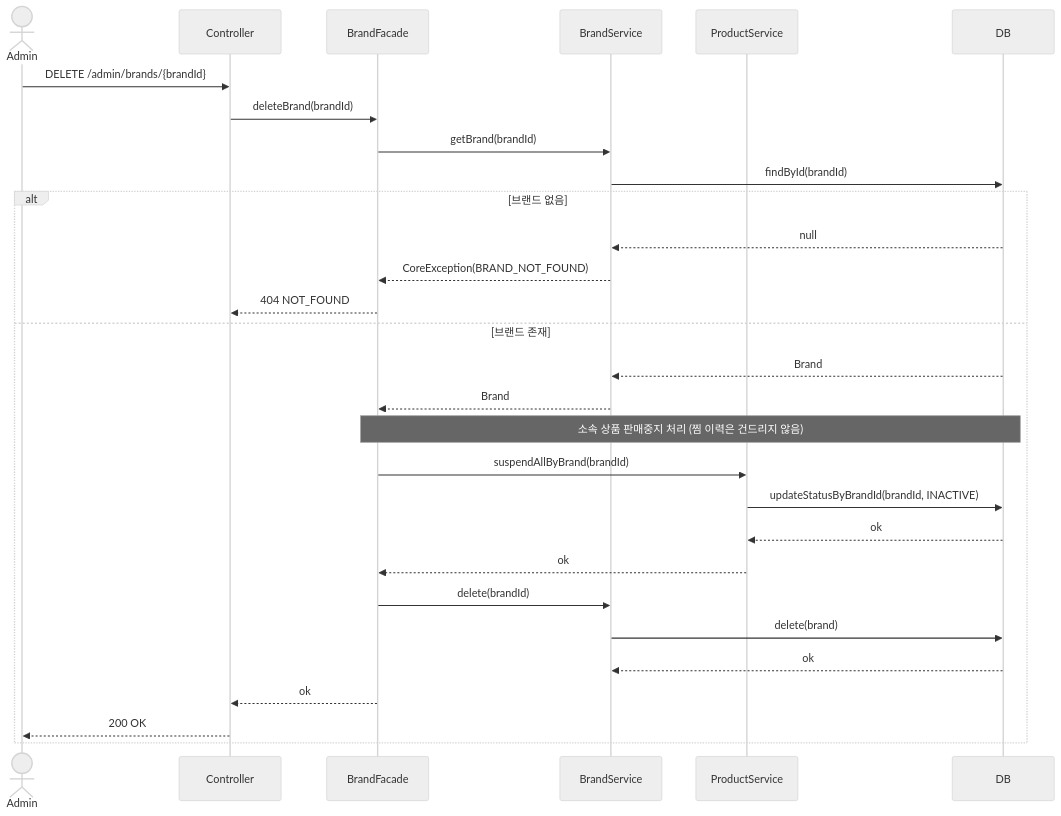
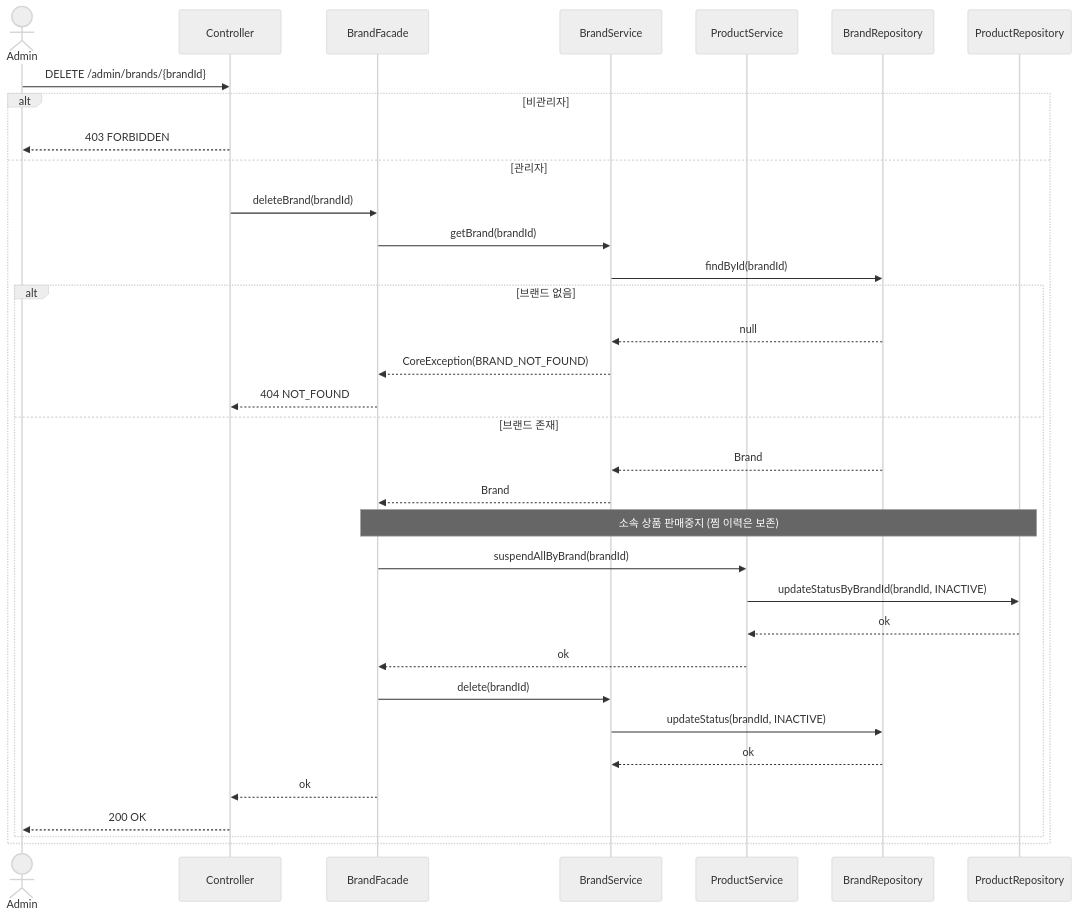
One commit to loopers-labs/loop-pack-be-l2-vol4-java changed the third of 4 diagrams in docs/design/02-sequence-diagrams.md. Above: the diagram before and after it, drawn with Mermaid (neutral theme). The commit also changed other lines of this file, not shown here.

Commit message:
docs : 시퀸스 다이어그램 작성

````diff
--- a/docs/design/02-sequence-diagrams.md
+++ b/docs/design/02-sequence-diagrams.md
@@ -117,37 +129,43 @@
 ```mermaid
 sequenceDiagram
     actor Admin
     participant Controller
     participant BrandFacade
     participant BrandService
     participant ProductService
-    participant DB
+    participant BrandRepository
+    participant ProductRepository
 
     Admin->>Controller: DELETE /admin/brands/{brandId}
-    Controller->>BrandFacade: deleteBrand(brandId)
 
-    BrandFacade->>BrandService: getBrand(brandId)
-    BrandService->>DB: findById(brandId)
+    alt 비관리자
+        Controller-->>Admin: 403 FORBIDDEN
+    else 관리자
+        Controller->>BrandFacade: deleteBrand(brandId)
 
-    alt 브랜드 없음
-        DB-->>BrandService: null
-        BrandService-->>BrandFacade: CoreException(BRAND_NOT_FOUND)
-        BrandFacade-->>Controller: 404 NOT_FOUND
-    else 브랜드 존재
-        DB-->>BrandService: Brand
-        BrandService-->>BrandFacade: Brand
+        BrandFacade->>BrandService: getBrand(brandId)
+        BrandService->>BrandRepository: findById(brandId)
 
-        Note over BrandFacade,DB: 소속 상품 판매중지 처리 (찜 이력은 건드리지 않음)
-        BrandFacade->>ProductService: suspendAllByBrand(brandId)
-        ProductService->>DB: updateStatusByBrandId(brandId, INACTIVE)
-        DB-->>ProductService: ok
-        ProductService-->>BrandFacade: ok
+        alt 브랜드 없음
+            BrandRepository-->>BrandService: null
+            BrandService-->>BrandFacade: CoreException(BRAND_NOT_FOUND)
+            BrandFacade-->>Controller: 404 NOT_FOUND
+        else 브랜드 존재
+            BrandRepository-->>BrandService: Brand
+            BrandService-->>BrandFacade: Brand
 
-        BrandFacade->>BrandService: delete(brandId)
-        BrandService->>DB: delete(brand)
-        DB-->>BrandService: ok
+            Note over BrandFacade,ProductRepository: 소속 상품 판매중지 (찜 이력은 보존)
+            BrandFacade->>ProductService: suspendAllByBrand(brandId)
+            ProductService->>ProductRepository: updateStatusByBrandId(brandId, INACTIVE)
+            ProductRepository-->>ProductService: ok
+            ProductService-->>BrandFacade: ok
 
-        BrandFacade-->>Controller: ok
-        Controller-->>Admin: 200 OK
+            BrandFacade->>BrandService: delete(brandId)
+            BrandService->>BrandRepository: updateStatus(brandId, INACTIVE)
+            BrandRepository-->>BrandService: ok
+
+            BrandFacade-->>Controller: ok
+            Controller-->>Admin: 200 OK
+        end
     end
 ```
````
